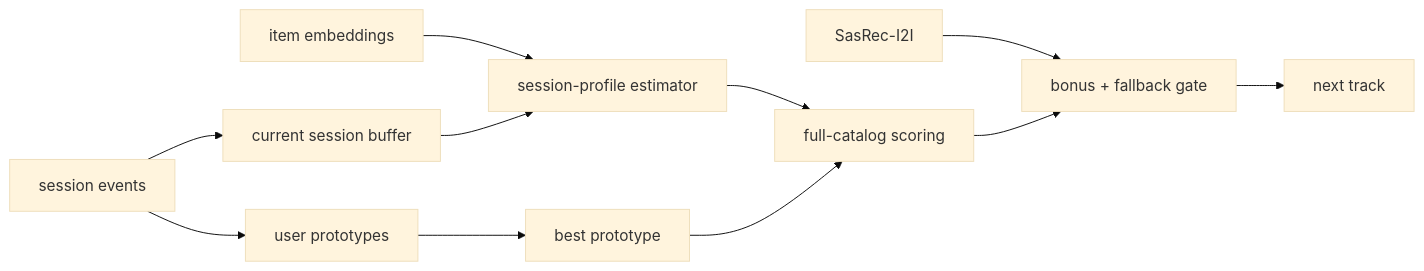
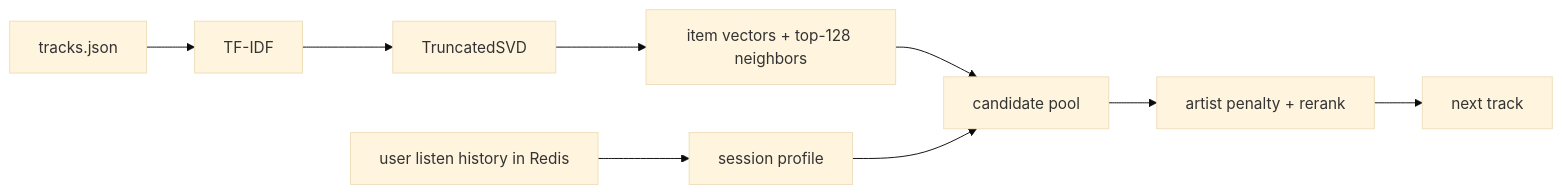
One commit to anokhin/recsys-course-spring-2026 changed the diagram in report.md. Above: the diagram before and after it, drawn with Mermaid (base theme). The commit also changed other lines of this file and 5 other files, not shown here.

````diff
--- a/report.md
+++ b/report.md
@@ -11,13 +11,11 @@
 ```mermaid
 flowchart LR
-    A[session events] --> B[current session buffer]
-    A --> C[user prototypes]
-    D[item embeddings] --> E[session-profile estimator]
-    B --> E
-    C --> F[best prototype]
-    E --> G[full-catalog scoring]
+    A[tracks.json] --> B[TF-IDF]
+    B --> C[TruncatedSVD]
+    C --> D[item vectors + top-128 neighbors]
+    E[user listen history in Redis] --> F[session profile]
+    D --> G[candidate pool]
     F --> G
-    H[SasRec-I2I] --> I[bonus + fallback gate]
-    G --> I
-    I --> J[next track]
+    G --> H[artist penalty + rerank]
+    H --> I[next track]
 ```
````
